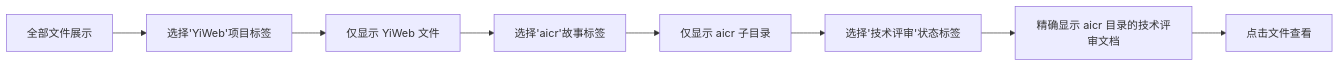
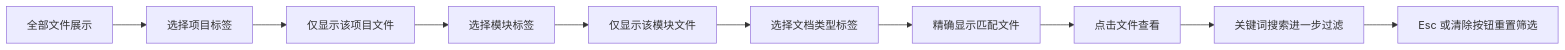
One commit to effiy/YiWeb changed the third of 5 diagrams in docs/故事任务面板/aicr/使用场景.md. Above: the diagram before and after it, drawn with Mermaid. The commit also changed other lines of this file and 7 other files, not shown here.

````diff
--- a/docs/故事任务面板/aicr/使用场景.md
+++ b/docs/故事任务面板/aicr/使用场景.md
@@ -91,10 +95,12 @@
 ```mermaid
 flowchart LR
-    A["全部文件展示"] --> B["选择'YiWeb'项目标签"]
-    B --> C["仅显示 YiWeb 文件"]
-    C --> D["选择'aicr'故事标签"]
-    D --> E["仅显示 aicr 子目录"]
-    E --> F["选择'技术评审'状态标签"]
-    F --> G["精确显示 aicr 目录的技术评审文档"]
+    A["全部文件展示"] --> B["选择项目标签"]
+    B --> C["仅显示该项目文件"]
+    C --> D["选择模块标签"]
+    D --> E["仅显示该模块文件"]
+    E --> F["选择文档类型标签"]
+    F --> G["精确显示匹配文件"]
     G --> H["点击文件查看"]
+    H --> I["关键词搜索进一步过滤"]
+    I --> J["Esc 或清除按钮重置筛选"]
 ```
````
